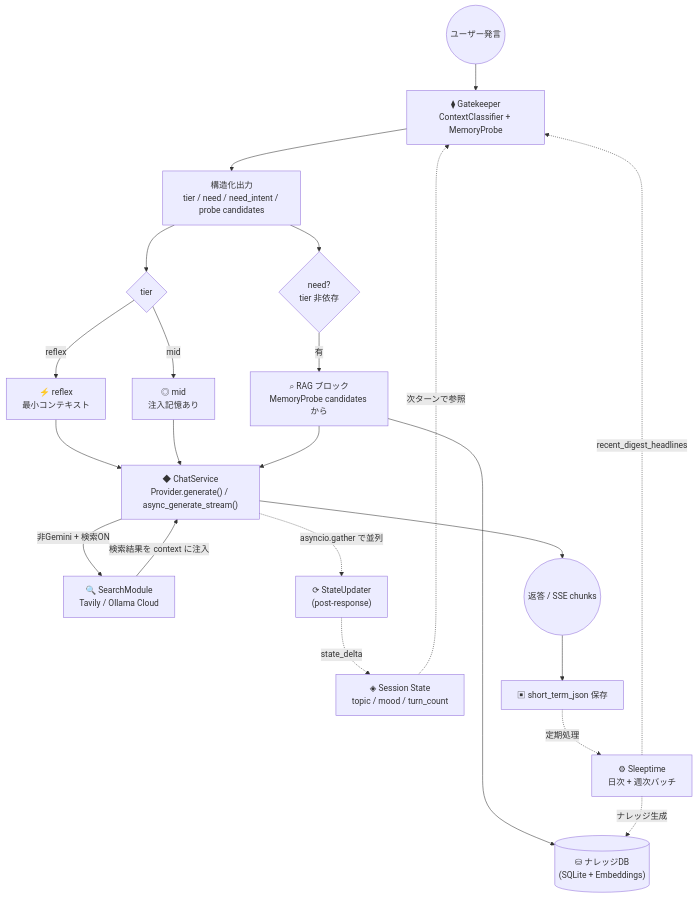
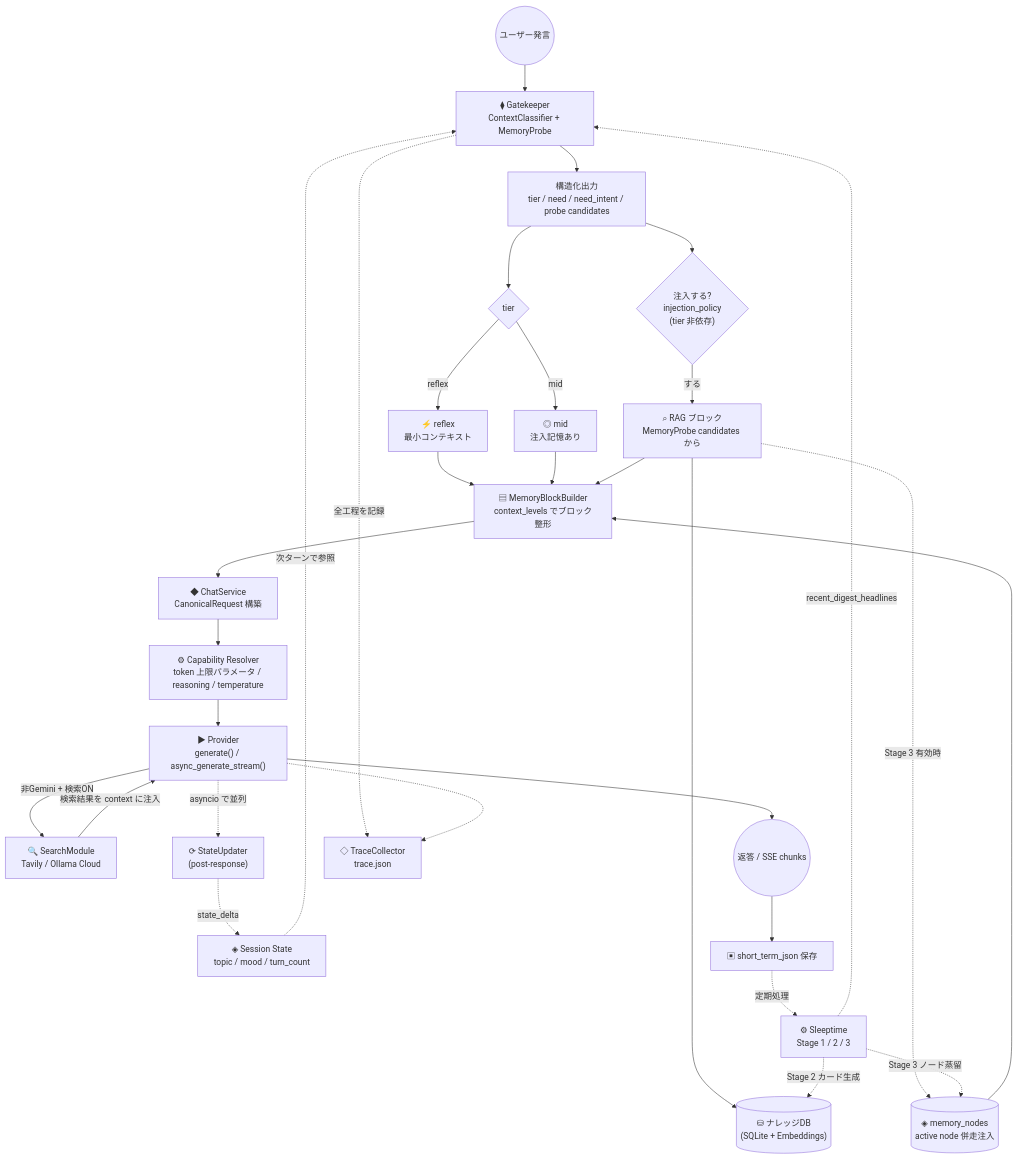
The first of 11 diagrams in docs/reference/DIAGRAMS.ja.md (unagisann/Butly), drawn with Mermaid before and after one commit. The commit also changed other lines of this file and 28 other files, not shown here.

````diff
--- a/docs/reference/DIAGRAMS.ja.md
+++ b/docs/reference/DIAGRAMS.ja.md
@@ -13,24 +19,32 @@
 ```mermaid
 flowchart TD
     A((ユーザー発言)) --> B["⧫ Gatekeeper<br/>ContextClassifier + MemoryProbe"]
     B --> C["構造化出力<br/>tier / need / need_intent / probe candidates"]
     C --> E{tier}
     E -->|reflex| F["⚡ reflex<br/>最小コンテキスト"]
     E -->|mid| G["◎ mid<br/>注入記憶あり"]
-    C --> N{need?<br/>tier 非依存}
-    N -->|有| H["⌕ RAG ブロック<br/>MemoryProbe candidates から"]
+    C --> N{"注入する?<br/>injection_policy<br/>(tier 非依存)"}
+    N -->|する| H["⌕ RAG ブロック<br/>MemoryProbe candidates から"]
     H --> I[("⛁ ナレッジDB<br/>(SQLite + Embeddings)")]
-    F --> J["◆ ChatService<br/>Provider.generate() / async_generate_stream()"]
-    G --> J
-    H --> J
-    J -->|非Gemini + 検索ON| WS["🔍 SearchModule<br/>Tavily / Ollama Cloud"]
-    WS -->|検索結果を context に注入| J
-    J -.->|asyncio.gather で並列| SU["⟳ StateUpdater<br/>(post-response)"]
+    H -.->|Stage 3 有効時| MN[("◈ memory_nodes<br/>active node 併走注入")]
+    F --> MB["▤ MemoryBlockBuilder<br/>context_levels でブロック整形"]
+    G --> MB
+    H --> MB
+    MN --> MB
+    MB --> J["◆ ChatService<br/>CanonicalRequest 構築"]
+    J --> CAP["⚙ Capability Resolver<br/>token 上限パラメータ / reasoning / temperature"]
+    CAP --> PV["▶ Provider<br/>generate() / async_generate_stream()"]
+    PV -->|非Gemini + 検索ON| WS["🔍 SearchModule<br/>Tavily / Ollama Cloud"]
+    WS -->|検索結果を context に注入| PV
+    PV -.->|asyncio で並列| SU["⟳ StateUpdater<br/>(post-response)"]
     SU -.->|state_delta| D["◈ Session State<br/>topic / mood / turn_count"]
     D -.->|次ターンで参照| B
-    J --> K((返答 / SSE chunks))
+    PV --> K((返答 / SSE chunks))
     K --> L["▣ short_term_json 保存"]
-    L -.->|定期処理| M["⚙ Sleeptime<br/>日次 + 週次バッチ"]
-    M -.->|ナレッジ生成| I
+    B -.->|全工程を記録| TR["◇ TraceCollector<br/>trace.json"]
+    PV -.-> TR
+    L -.->|定期処理| M["⚙ Sleeptime<br/>Stage 1 / 2 / 3"]
+    M -.->|Stage 2 カード生成| I
+    M -.->|Stage 3 ノード蒸留| MN
     M -.->|recent_digest_headlines| B
 ```
````
